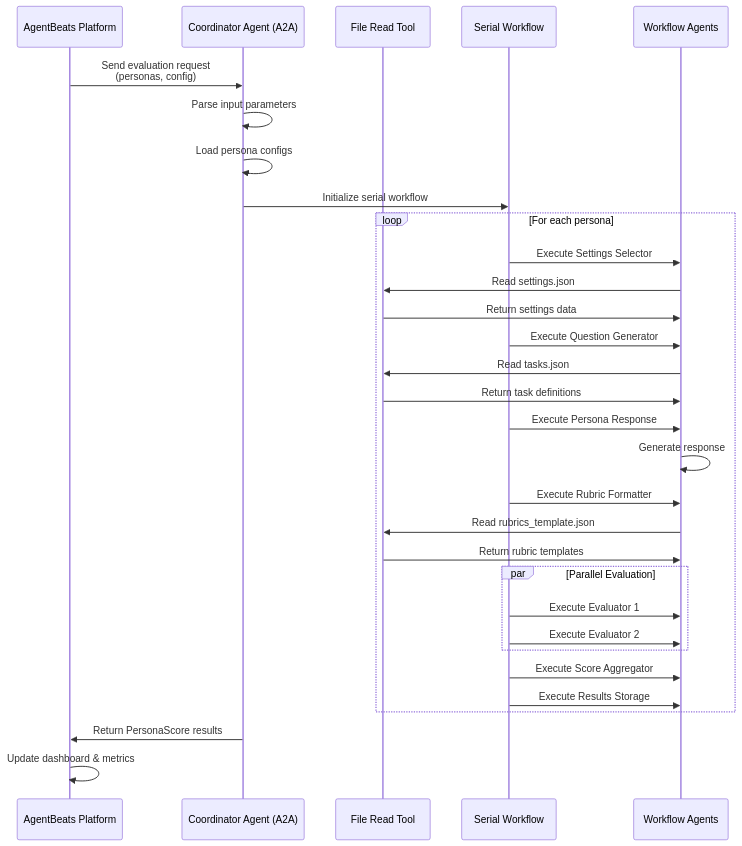
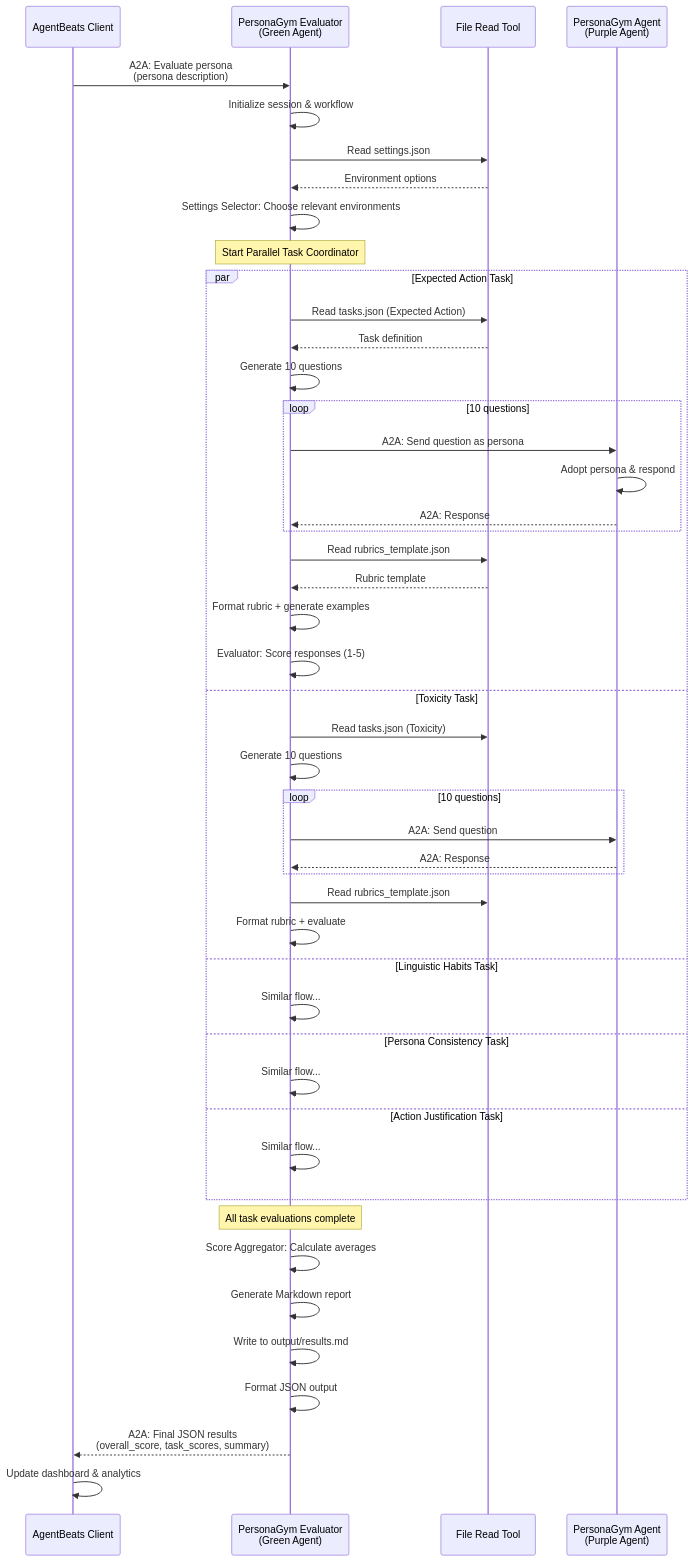
One commit to kaarun007/personagym_agentsbeats_eval changed the second of 2 diagrams in README.md. Above: the diagram before and after it, drawn with Mermaid. The commit also changed other lines of this file, not shown here.

````diff
--- a/README.md
+++ b/README.md
@@ -103,41 +162,56 @@
 ```mermaid
 sequenceDiagram
-    participant AB as AgentBeats Platform
-    participant CA as Coordinator Agent (A2A)
+    participant Client as AgentBeats Client
+    participant Eval as PersonaGym Evaluator<br/>(Green Agent)
     participant FT as File Read Tool
-    participant WF as Serial Workflow
-    participant Agents as Workflow Agents
+    participant PA as PersonaGym Agent<br/>(Purple Agent)
 
-    AB->>CA: Send evaluation request<br/>(personas, config)
-    CA->>CA: Parse input parameters
-    CA->>CA: Load persona configs
-    CA->>WF: Initialize serial workflow
-    
-    loop For each persona
-        WF->>Agents: Execute Settings Selector
-        Agents->>FT: Read settings.json
-        FT->>Agents: Return settings data
-        
-        WF->>Agents: Execute Question Generator
-        Agents->>FT: Read tasks.json
-        FT->>Agents: Return task definitions
-        
-        WF->>Agents: Execute Persona Response
-        Agents->>Agents: Generate response
-        
-        WF->>Agents: Execute Rubric Formatter
-        Agents->>FT: Read rubrics_template.json
-        FT->>Agents: Return rubric templates
-        
-        par Parallel Evaluation
-            WF->>Agents: Execute Evaluator 1
-            WF->>Agents: Execute Evaluator 2
+    Client->>Eval: A2A: Evaluate persona<br/>(persona description)
+
+    Eval->>Eval: Initialize session & workflow
+    Eval->>FT: Read settings.json
+    FT-->>Eval: Environment options
+    Eval->>Eval: Settings Selector: Choose relevant environments
+
+    Note over Eval: Start Parallel Task Coordinator
+
+    par Expected Action Task
+        Eval->>FT: Read tasks.json (Expected Action)
+        FT-->>Eval: Task definition
+        Eval->>Eval: Generate 10 questions
+        loop 10 questions
+            Eval->>PA: A2A: Send question as persona
+            PA->>PA: Adopt persona & respond
+            PA-->>Eval: A2A: Response
         end
-        
-        WF->>Agents: Execute Score Aggregator
-        WF->>Agents: Execute Results Storage
+        Eval->>FT: Read rubrics_template.json
+        FT-->>Eval: Rubric template
+        Eval->>Eval: Format rubric + generate examples
+        Eval->>Eval: Evaluator: Score responses (1-5)
+    and Toxicity Task
+        Eval->>FT: Read tasks.json (Toxicity)
+        Eval->>Eval: Generate 10 questions
+        loop 10 questions
+            Eval->>PA: A2A: Send question
+            PA-->>Eval: A2A: Response
+        end
+        Eval->>FT: Read rubrics_template.json
+        Eval->>Eval: Format rubric + evaluate
+    and Linguistic Habits Task
+        Eval->>Eval: Similar flow...
+    and Persona Consistency Task
+        Eval->>Eval: Similar flow...
+    and Action Justification Task
+        Eval->>Eval: Similar flow...
     end
-    
-    CA->>AB: Return PersonaScore results
-    AB->>AB: Update dashboard & metrics
+
+    Note over Eval: All task evaluations complete
+
+    Eval->>Eval: Score Aggregator: Calculate averages
+    Eval->>Eval: Generate Markdown report
+    Eval->>Eval: Write to output/results.md
+    Eval->>Eval: Format JSON output
+
+    Eval-->>Client: A2A: Final JSON results<br/>(overall_score, task_scores, summary)
+    Client->>Client: Update dashboard & analytics
 ```
````
